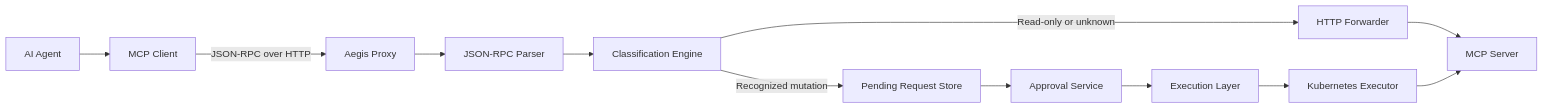
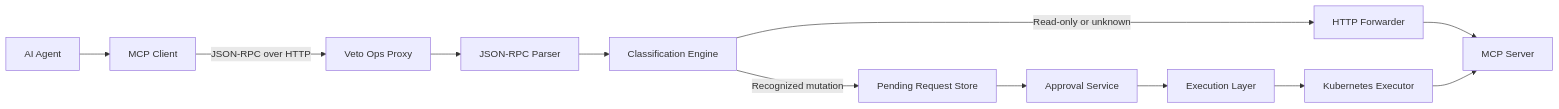
One commit to mzain2004/Aegis changed the diagram in README.md. Above: the diagram before and after it, drawn with Mermaid. The commit also changed other lines of this file and 65 other files, not shown here.

First line of the commit message:
Rename product branding from Aegis / SafeOps to Veto Ops.

````diff
--- a/README.md
+++ b/README.md
@@ -47,16 +47,16 @@
 ```mermaid
 flowchart LR
     Agent[AI Agent] --> Client[MCP Client]
-    Client -->|JSON-RPC over HTTP| Proxy[Aegis Proxy]
+    Client -->|JSON-RPC over HTTP| Proxy[Veto Ops Proxy]
     Proxy --> Parser[JSON-RPC Parser]
     Parser --> Classifier[Classification Engine]
 
     Classifier -->|Read-only or unknown| Forwarder[HTTP Forwarder]
     Classifier -->|Recognized mutation| Store[Pending Request Store]
     Store --> Approval[Approval Service]
     Approval --> Execution[Execution Layer]
     Execution --> K8s[Kubernetes Executor]
 
     Forwarder --> Server[MCP Server]
     K8s --> Server
 ```
````
